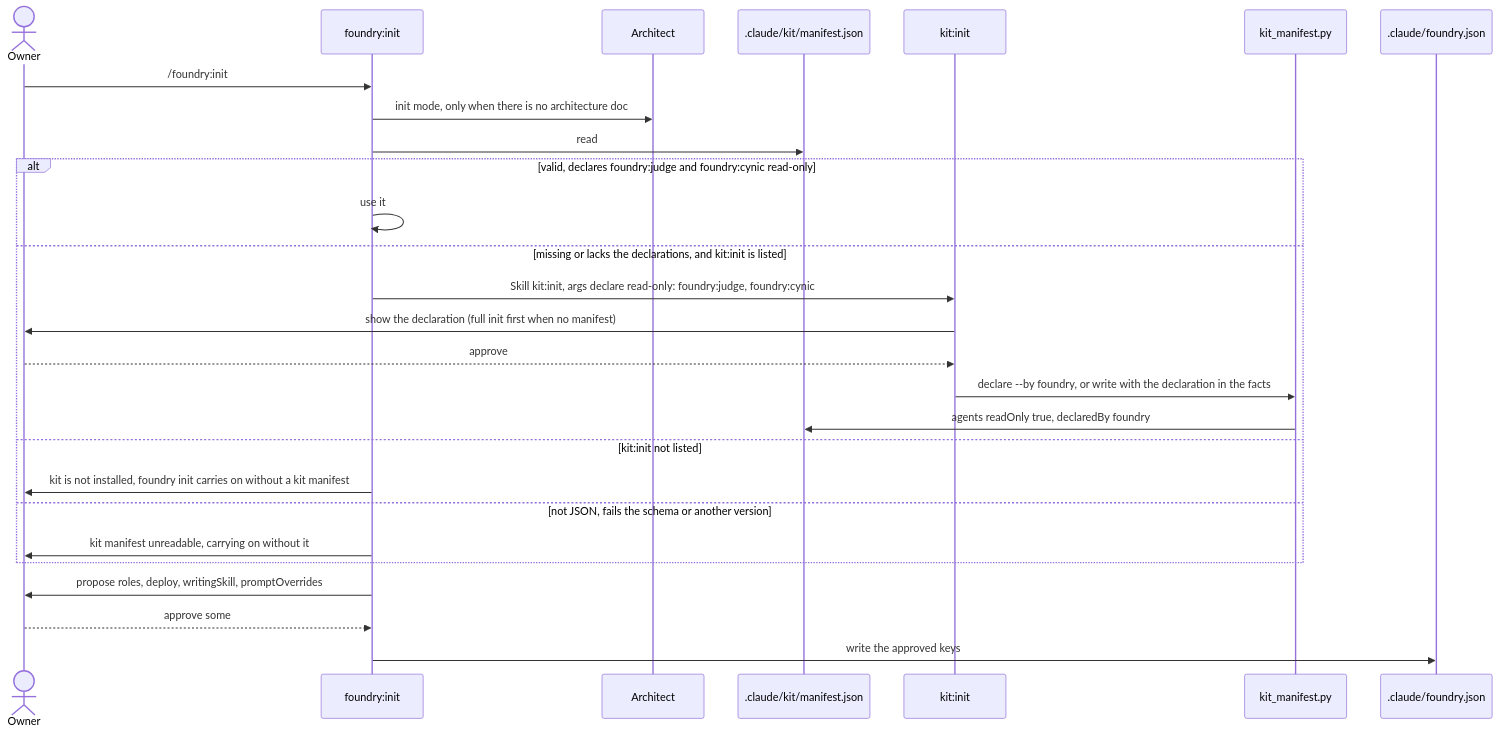
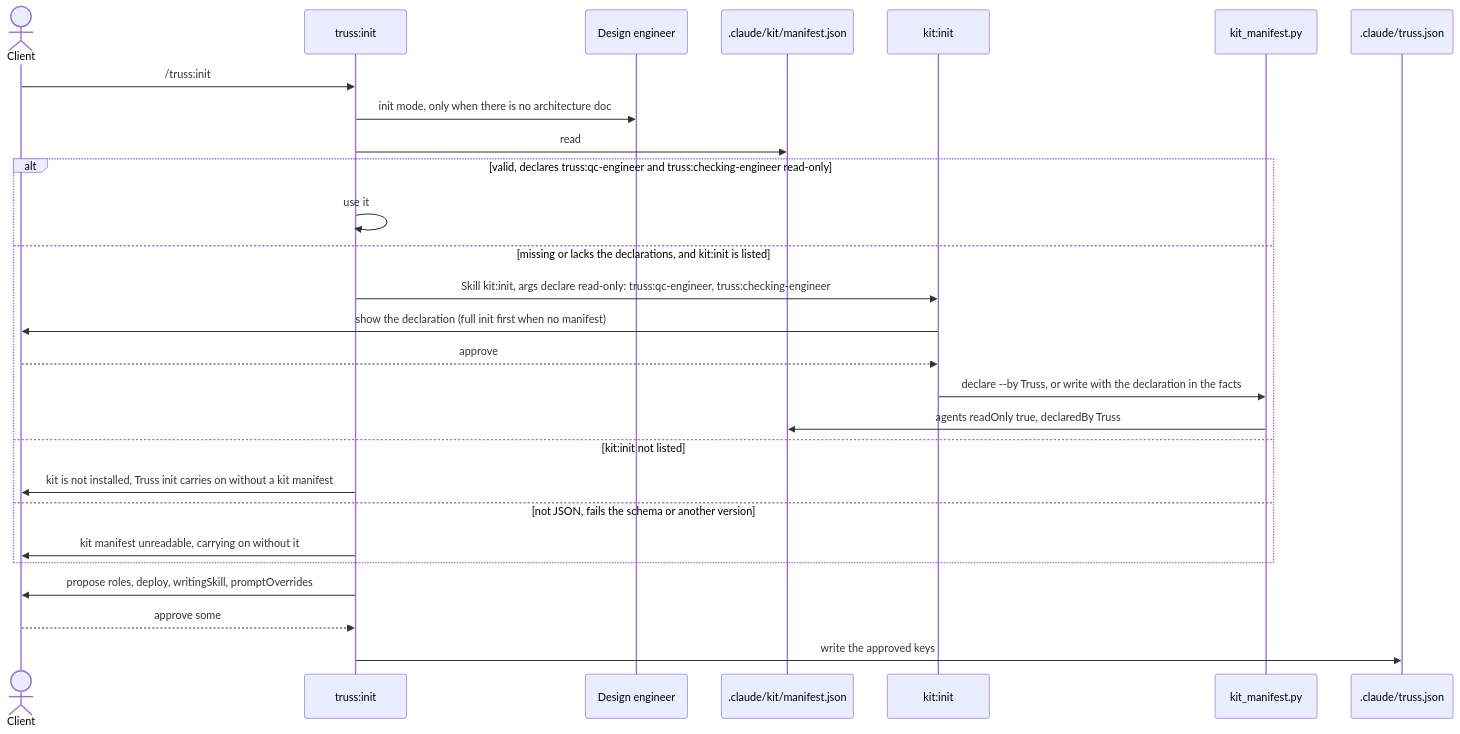
Diagram 12 of 16 in docs/architecture.md (AbhiramDwivedi/truss), drawn with Mermaid before and after one commit. The commit also changed other lines of this file and 61 other files, not shown here.

First line of the commit message:
refactor!: rename foundry to Truss (code, prompts, docs)

````diff
--- a/docs/architecture.md
+++ b/docs/architecture.md
@@ -557,29 +557,29 @@
 ```mermaid
 sequenceDiagram
-  actor Owner
-  participant I as foundry:init
-  participant A as Architect
+  actor Client
+  participant I as truss:init
+  participant A as Design engineer
   participant MF as .claude/kit/manifest.json
   participant K as kit:init
   participant KM as kit_manifest.py
-  participant FJ as .claude/foundry.json
-  Owner->>I: /foundry:init
+  participant FJ as .claude/truss.json
+  Client->>I: /truss:init
   I->>A: init mode, only when there is no architecture doc
   I->>MF: read
-  alt valid, declares foundry:judge and foundry:cynic read-only
+  alt valid, declares truss:qc-engineer and truss:checking-engineer read-only
     I->>I: use it
   else missing or lacks the declarations, and kit:init is listed
-    I->>K: Skill kit:init, args declare read-only: foundry:judge, foundry:cynic
-    K->>Owner: show the declaration (full init first when no manifest)
-    Owner-->>K: approve
-    K->>KM: declare --by foundry, or write with the declaration in the facts
-    KM->>MF: agents readOnly true, declaredBy foundry
+    I->>K: Skill kit:init, args declare read-only: truss:qc-engineer, truss:checking-engineer
+    K->>Client: show the declaration (full init first when no manifest)
+    Client-->>K: approve
+    K->>KM: declare --by Truss, or write with the declaration in the facts
+    KM->>MF: agents readOnly true, declaredBy Truss
   else kit:init not listed
-    I->>Owner: kit is not installed, foundry init carries on without a kit manifest
+    I->>Client: kit is not installed, Truss init carries on without a kit manifest
   else not JSON, fails the schema or another version
-    I->>Owner: kit manifest unreadable, carrying on without it
+    I->>Client: kit manifest unreadable, carrying on without it
   end
-  I->>Owner: propose roles, deploy, writingSkill, promptOverrides
-  Owner-->>I: approve some
+  I->>Client: propose roles, deploy, writingSkill, promptOverrides
+  Client-->>I: approve some
   I->>FJ: write the approved keys
 ```
````
